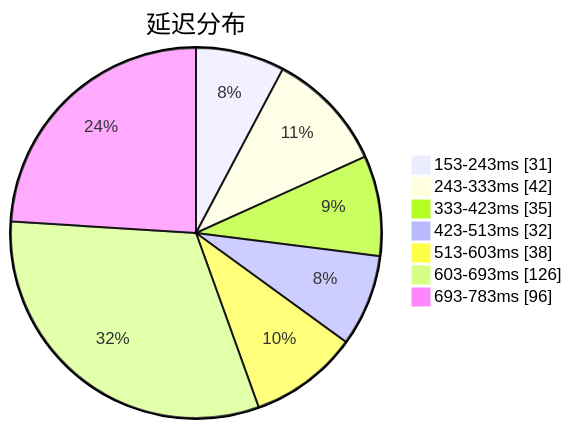
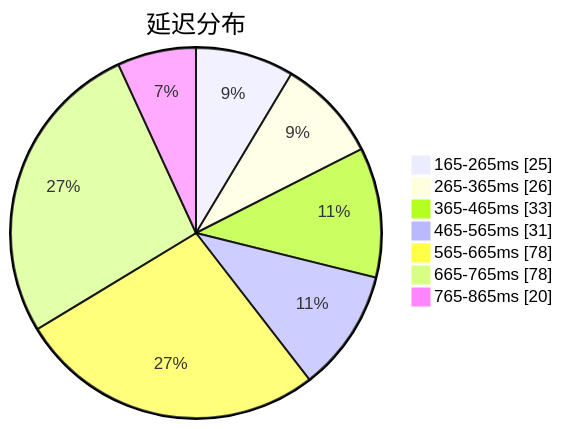
The first of 3 diagrams in subs/statistics/tested_within.md (qjlxg/airport), drawn with Mermaid before and after one commit. The commit also changed other lines of this file and 2 other files, not shown here.

Commit message:
Tested by metaST

````diff
--- a/subs/statistics/tested_within.md
+++ b/subs/statistics/tested_within.md
@@ -2,11 +2,11 @@
 ```mermaid
 pie showData
 title 延迟分布
-"153-243ms" : 31
-"243-333ms" : 42
-"333-423ms" : 35
-"423-513ms" : 32
-"513-603ms" : 38
-"603-693ms" : 126
-"693-783ms" : 96
+"165-265ms" : 25
+"265-365ms" : 26
+"365-465ms" : 33
+"465-565ms" : 31
+"565-665ms" : 78
+"665-765ms" : 78
+"765-865ms" : 20
 ```
````
